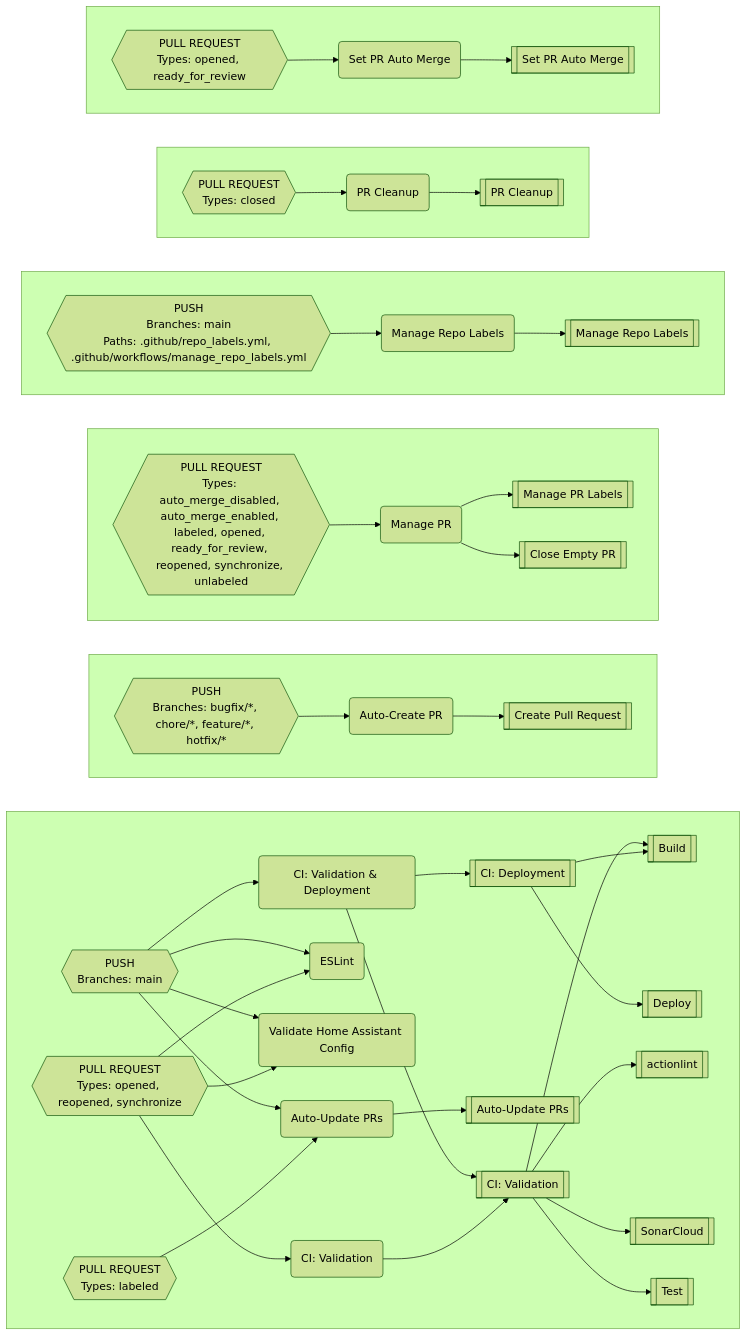
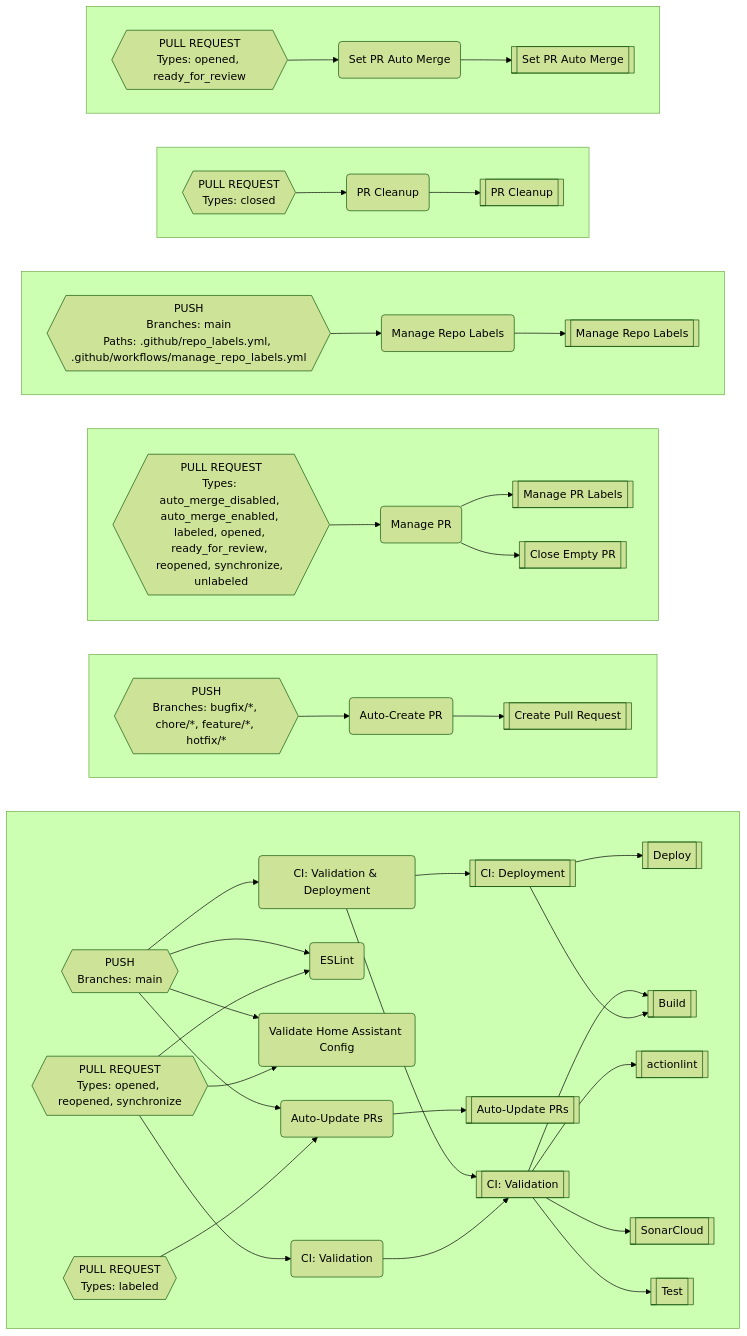
The diagram in README.md (worgarside/github-config-files), drawn with Mermaid (forest theme) before and after one commit. The commit also changed other lines of this file, not shown here.

```diff
--- a/README.md
+++ b/README.md
@@ -373,10 +373,10 @@
 CO-->CE
 CO-->CI
 CO-->CN
+CN-->P
 CN-->I
-CN-->P
+I-->AE
 I-->E
-I-->AE
 P-->A
 P-->BB
 P-->BE
```
